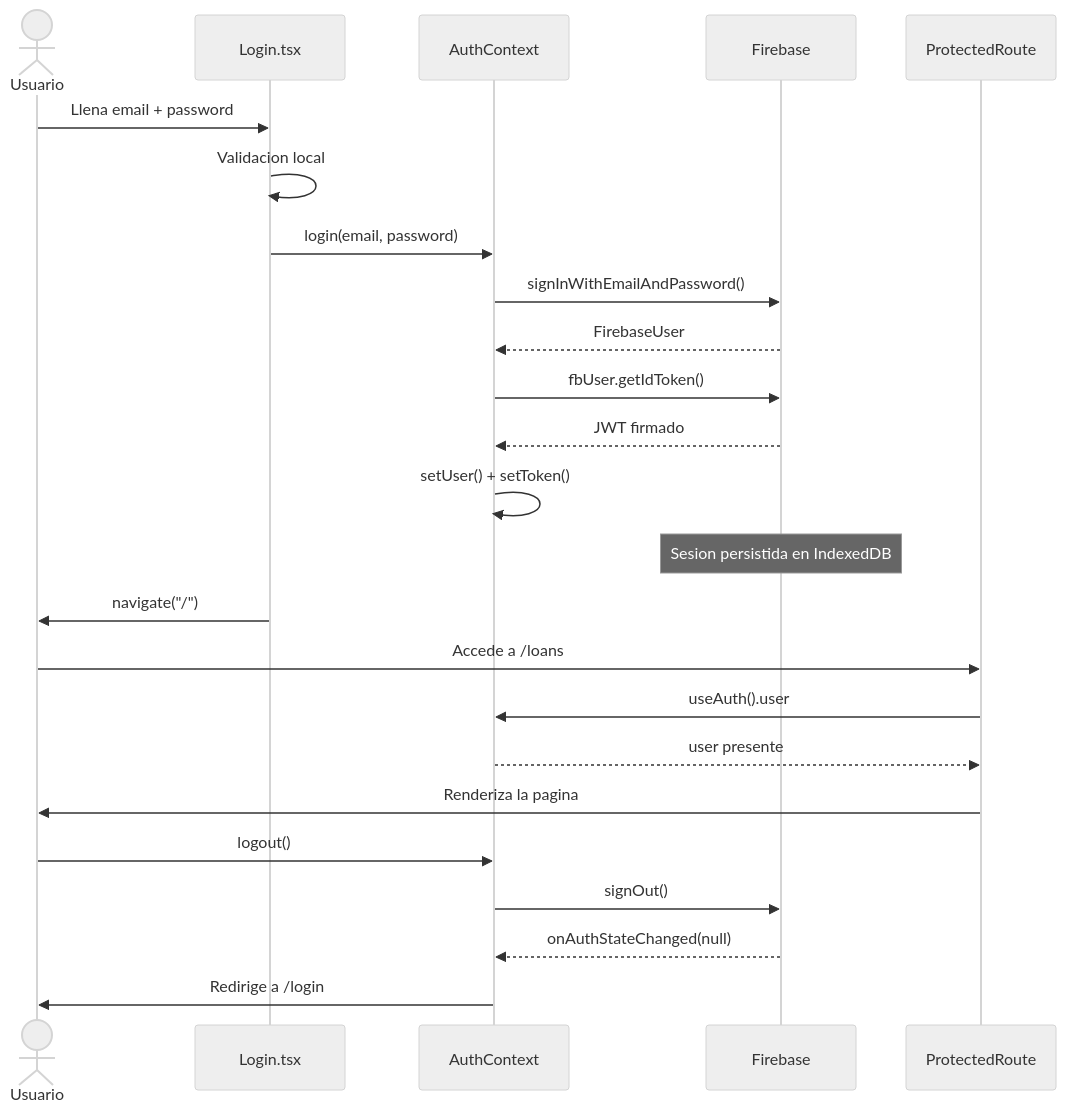
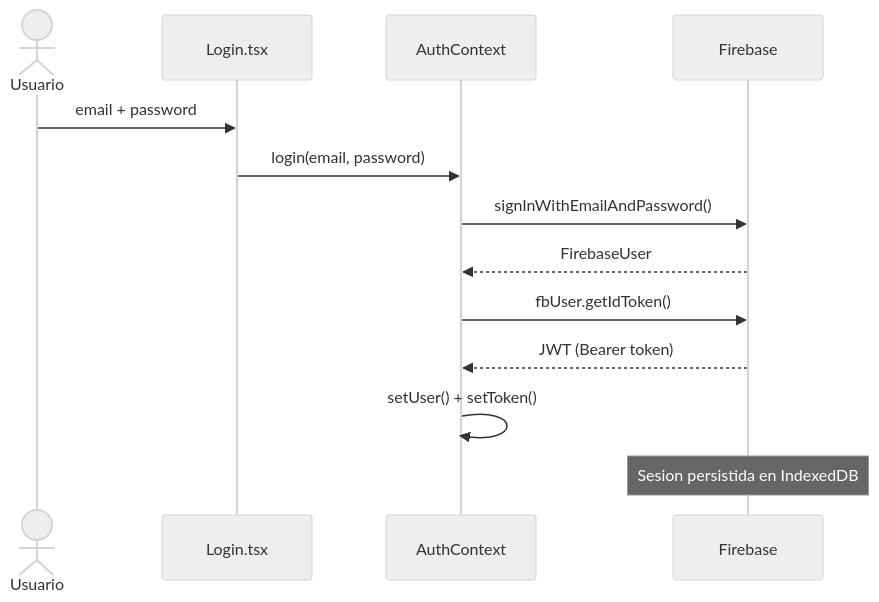
The diagram in README.md (web-development-SOP/capstone), drawn with Mermaid (neutral theme) before and after one commit. The commit also changed other lines of this file, not shown here.

````diff
--- a/README.md
+++ b/README.md
@@ -67,29 +51,16 @@
 ```mermaid
 sequenceDiagram
     actor U as Usuario
     participant L as Login.tsx
     participant A as AuthContext
     participant F as Firebase
-    participant P as ProtectedRoute
 
-    U->>L: Llena email + password
-    L->>L: Validacion local
+    U->>L: email + password
     L->>A: login(email, password)
     A->>F: signInWithEmailAndPassword()
     F-->>A: FirebaseUser
     A->>F: fbUser.getIdToken()
-    F-->>A: JWT firmado
+    F-->>A: JWT (Bearer token)
     A->>A: setUser() + setToken()
     Note over F: Sesion persistida en IndexedDB
-    L->>U: navigate("/")
-
-    U->>P: Accede a /loans
-    P->>A: useAuth().user
-    A-->>P: user presente
-    P->>U: Renderiza la pagina
-
-    U->>A: logout()
-    A->>F: signOut()
-    F-->>A: onAuthStateChanged(null)
-    A->>U: Redirige a /login
 ```
````
